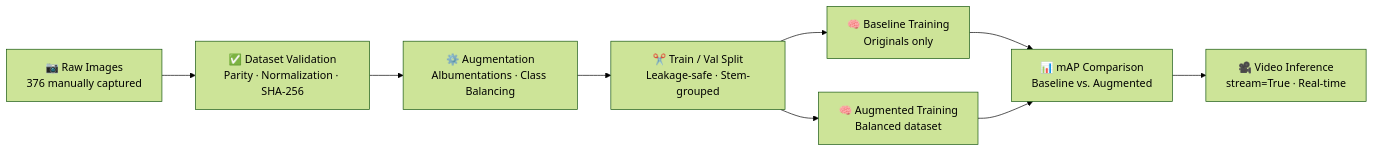
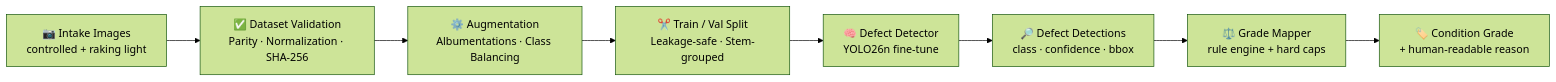
One commit to AliMahmoud15486/camera-lens-quality-control changed the diagram in README.md. Above: the diagram before and after it, drawn with Mermaid (forest theme). The commit also changed other lines of this file and 14 other files, not shown here.

````diff
--- a/README.md
+++ b/README.md
@@ -53,11 +44,10 @@
 ```mermaid
 flowchart LR
-    A[📷 Raw Images\n376 manually captured] --> B[✅ Dataset Validation\nParity · Normalization · SHA-256]
+    A[📷 Intake Images\ncontrolled + raking light] --> B[✅ Dataset Validation\nParity · Normalization · SHA-256]
     B --> C[⚙️ Augmentation\nAlbumentations · Class Balancing]
     C --> D[✂️ Train / Val Split\nLeakage-safe · Stem-grouped]
-    D --> E[🧠 Baseline Training\nOriginals only]
-    D --> F[🧠 Augmented Training\nBalanced dataset]
-    E --> G[📊 mAP Comparison\nBaseline vs. Augmented]
-    F --> G
-    G --> H[🎥 Video Inference\nstream=True · Real-time]
+    D --> E[🧠 Defect Detector\nYOLO26n fine-tune]
+    E --> F[🔎 Defect Detections\nclass · confidence · bbox]
+    F --> G[⚖️ Grade Mapper\nrule engine + hard caps]
+    G --> H[🏷️ Condition Grade\n+ human-readable reason]
 ```
````
